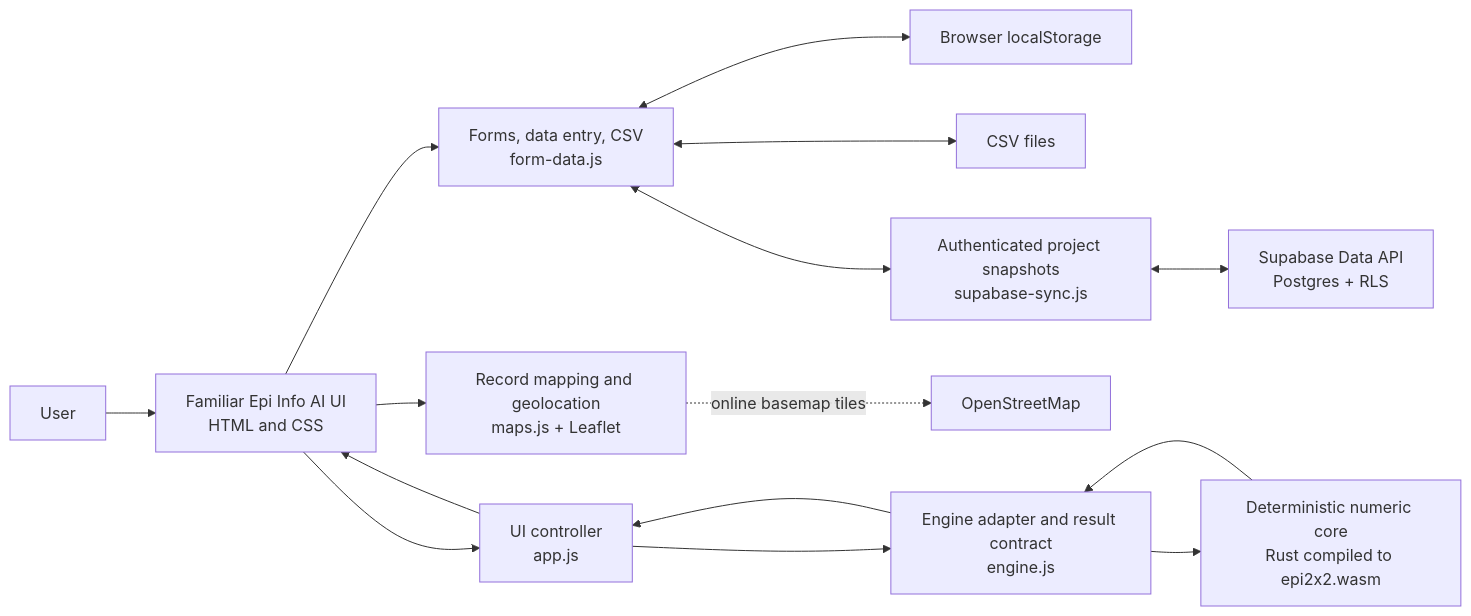
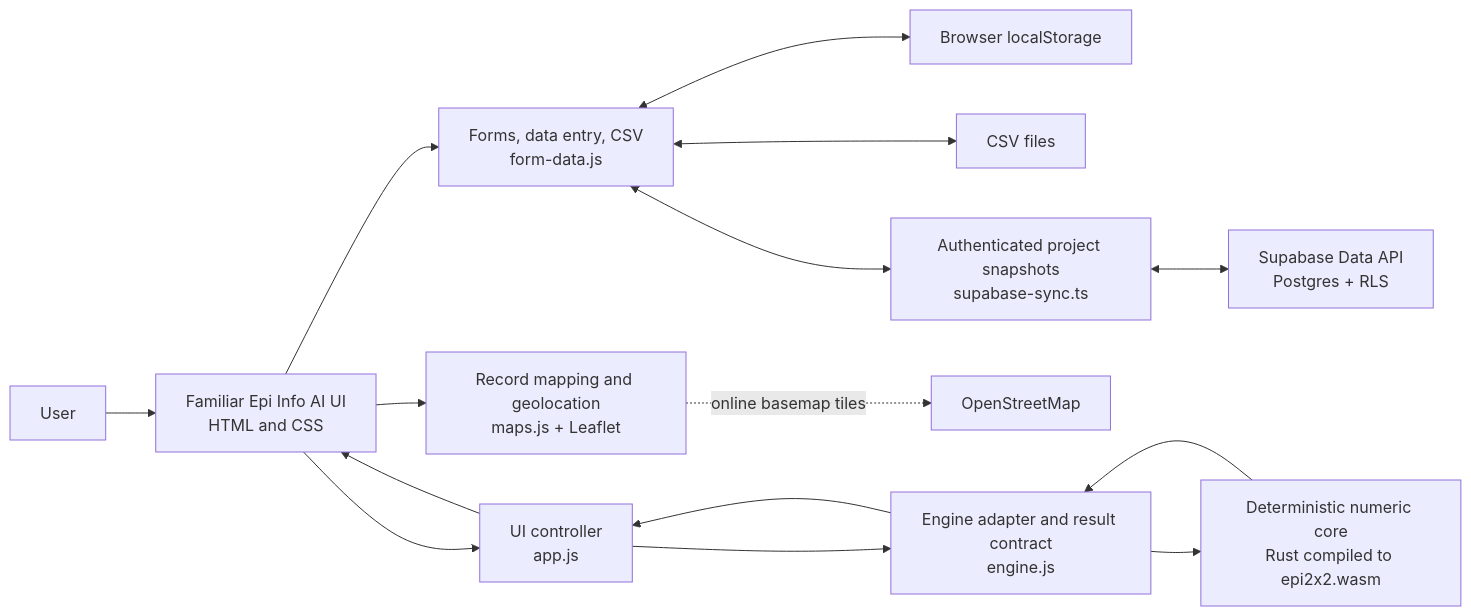
The second of 2 diagrams in wasm/architecture.md (epi-info-ai/epi-info-ai), drawn with Mermaid before and after one commit. The commit also changed other lines of this file and 14 other files, not shown here.

Commit message:
Validate snapshots and migrate Supabase sync to TypeScript

````diff
--- a/wasm/architecture.md
+++ b/wasm/architecture.md
@@ -177,17 +177,17 @@
 ```mermaid
 flowchart LR
     U["User"] --> UI["Familiar Epi Info AI UI<br/>HTML and CSS"]
     UI --> APP["UI controller<br/>app.js"]
     UI --> DATA["Forms, data entry, CSV<br/>form-data.js"]
     DATA <--> STORE["Browser localStorage"]
     DATA <--> CSV["CSV files"]
-    DATA <--> SYNC["Authenticated project snapshots<br/>supabase-sync.js"]
+    DATA <--> SYNC["Authenticated project snapshots<br/>supabase-sync.ts"]
     SYNC <--> SUPABASE["Supabase Data API<br/>Postgres + RLS"]
     UI --> MAPS["Record mapping and geolocation<br/>maps.js + Leaflet"]
     MAPS -. "online basemap tiles" .-> OSM["OpenStreetMap"]
     APP --> ADAPTER["Engine adapter and result contract<br/>engine.js"]
     ADAPTER --> WASM["Deterministic numeric core<br/>Rust compiled to epi2x2.wasm"]
     WASM --> ADAPTER
     ADAPTER --> APP
     APP --> UI
 ```
````
